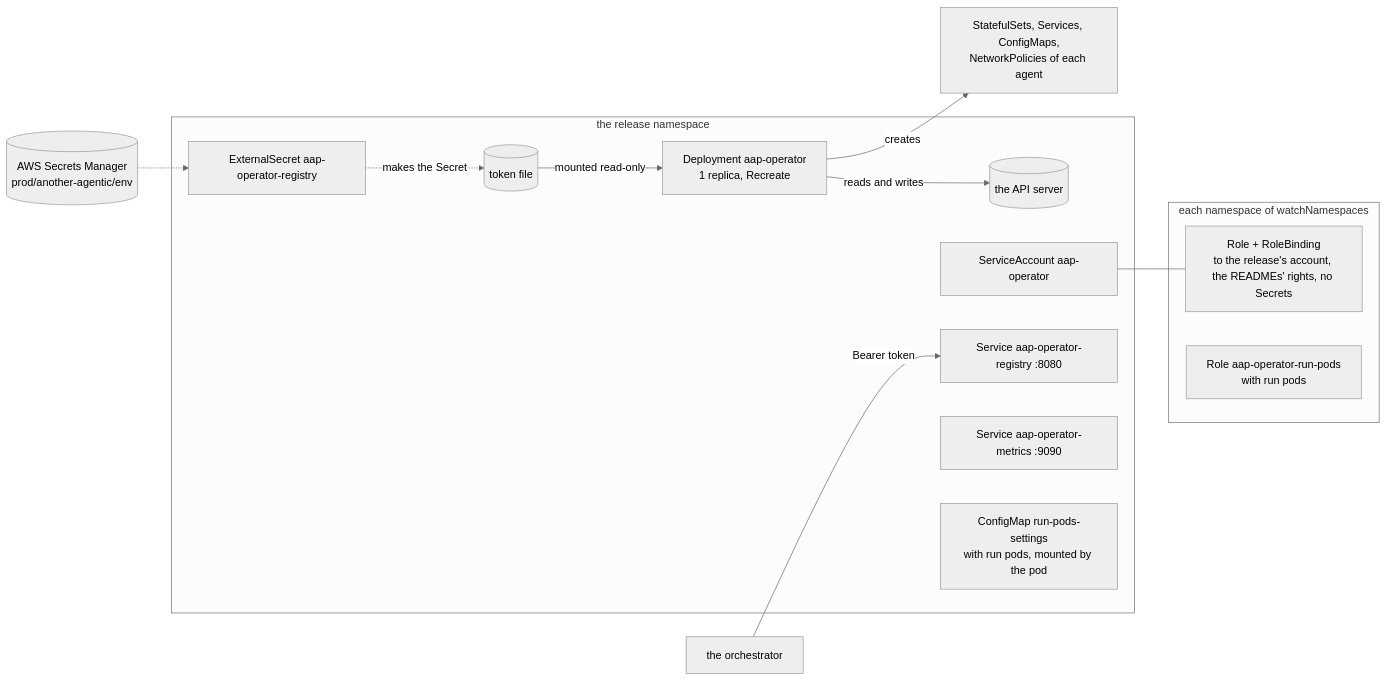
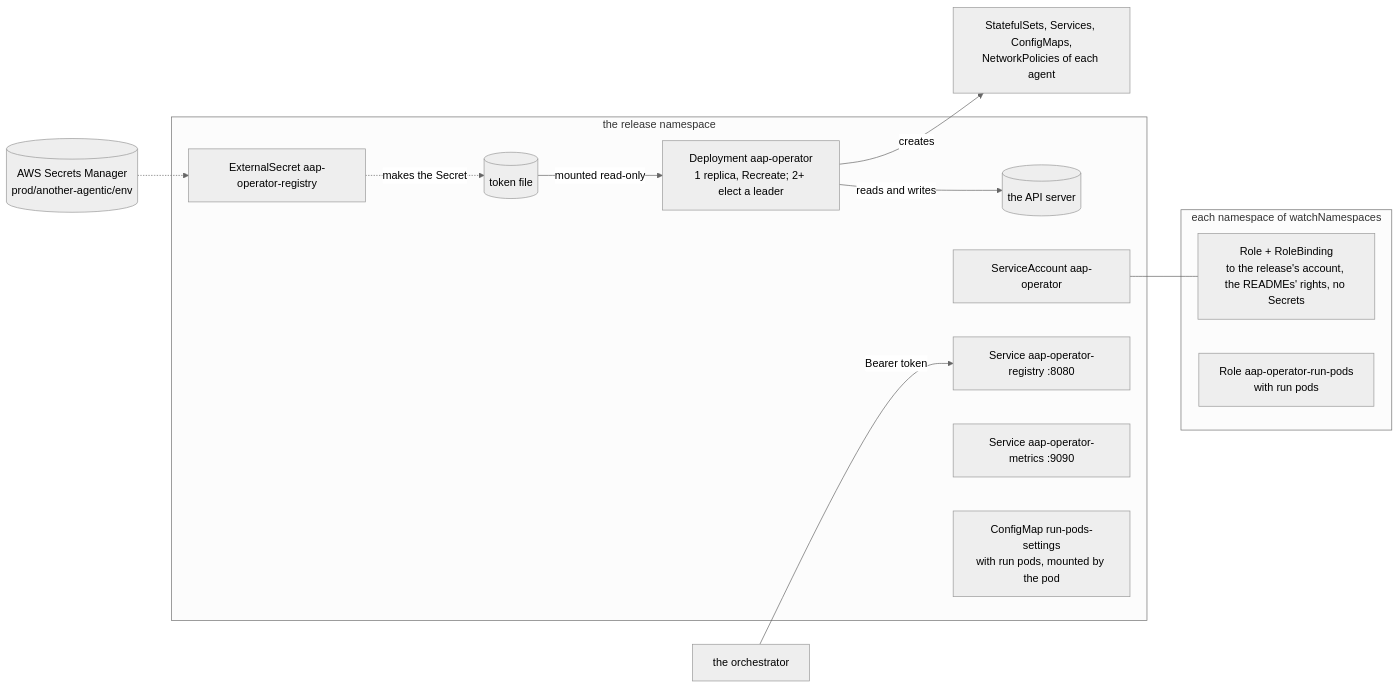
Before and after one commit to vymalo/another-agentic-platform: the first of 4 diagrams in deploy/operator/README.md, drawn with Mermaid (neutral theme). The commit also changed other lines of this file and 39 other files, not shown here.

````diff
--- a/deploy/operator/README.md
+++ b/deploy/operator/README.md
@@ -10,20 +10,20 @@
 ```mermaid
 flowchart LR
   subgraph rel[the release namespace]
-    D[Deployment aap-operator<br/>1 replica, Recreate] -->|reads and writes| API[(the API server)]
+    D[Deployment aap-operator<br/>1 replica, Recreate; 2+ elect a leader] -->|reads and writes| API[(the API server)]
     SA[ServiceAccount aap-operator]
     S1[Service aap-operator-registry :8080]
     S2[Service aap-operator-metrics :9090]
     ES[ExternalSecret aap-operator-registry] -.->|makes the Secret| T[(token file)]
     T -->|mounted read-only| D
     CM[ConfigMap run-pods-settings<br/>with run pods, mounted by the pod]
   end
   subgraph watch[each namespace of watchNamespaces]
     R[Role + RoleBinding<br/>to the release's account, the READMEs' rights, no Secrets]
     RP[Role aap-operator-run-pods<br/>with run pods]
   end
   SA --- R
   AWS[(AWS Secrets Manager<br/>prod/another-agentic/env)] -.-> ES
   O[the orchestrator] -->|Bearer token| S1
   D -->|creates| A[StatefulSets, Services, ConfigMaps,<br/>NetworkPolicies of each agent]
 ```
````
